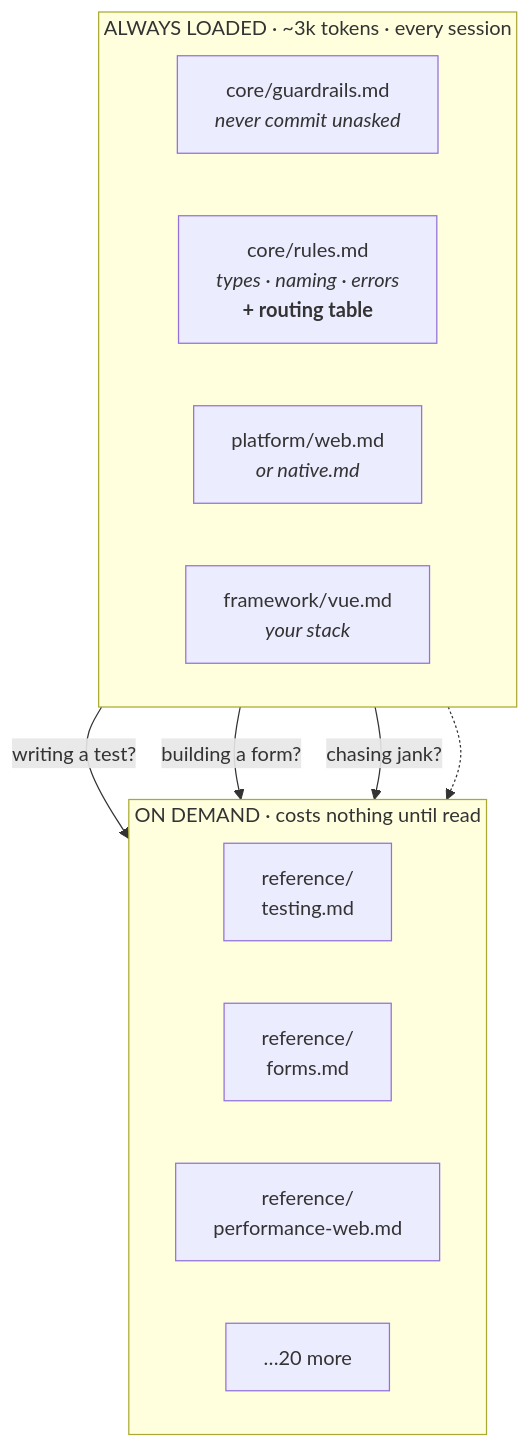
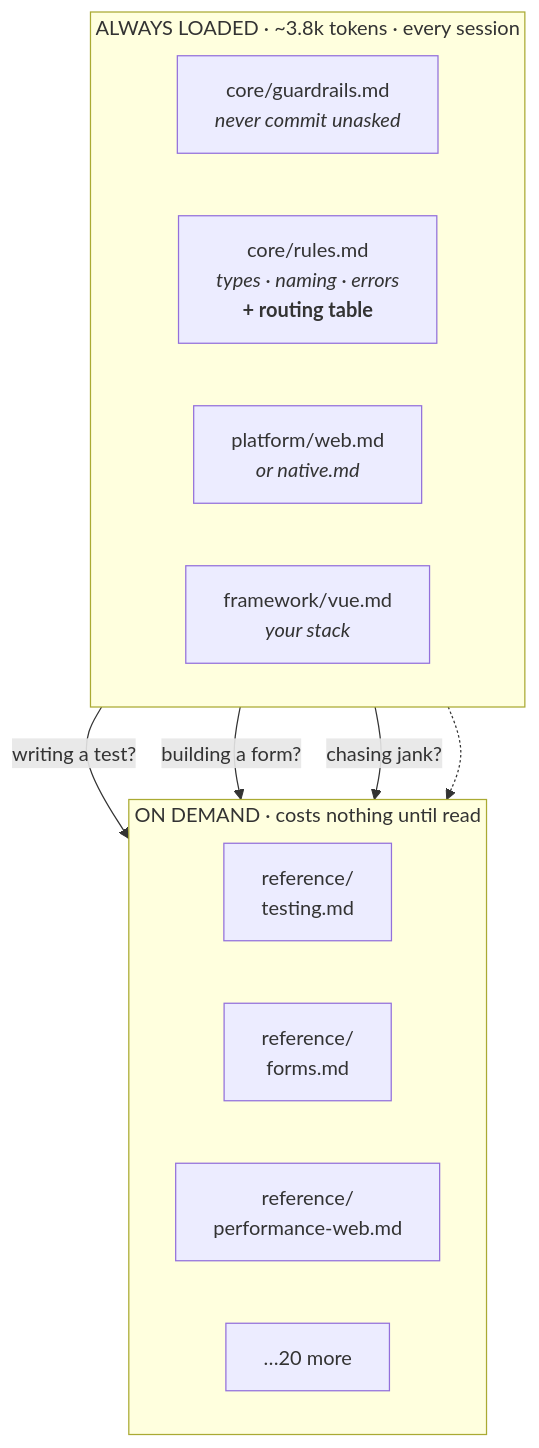
Before and after one commit to VerySillyCatPerson/ai-workflow-fe: the diagram in README.md, drawn with Mermaid. The commit also changed other lines of this file and 16 other files, not shown here.

````diff
--- a/README.md
+++ b/README.md
@@ -312,23 +383,23 @@
 ```mermaid
 flowchart TB
-    subgraph resident["ALWAYS LOADED · ~3k tokens · every session"]
+    subgraph resident["ALWAYS LOADED · ~3.8k tokens · every session"]
         direction LR
         G["core/guardrails.md<br/><i>never commit unasked</i>"]
         R["core/rules.md<br/><i>types · naming · errors</i><br/><b>+ routing table</b>"]
         P["platform/web.md<br/><i>or native.md</i>"]
         F["framework/vue.md<br/><i>your stack</i>"]
     end
 
     subgraph ondemand["ON DEMAND · costs nothing until read"]
         direction LR
         T["reference/<br/>testing.md"]
         FM["reference/<br/>forms.md"]
         PF["reference/<br/>performance-web.md"]
         M["…20 more"]
     end
 
     R -- "writing a test?" --> T
     R -- "building a form?" --> FM
     R -- "chasing jank?" --> PF
     R -.-> M
 ```
````
